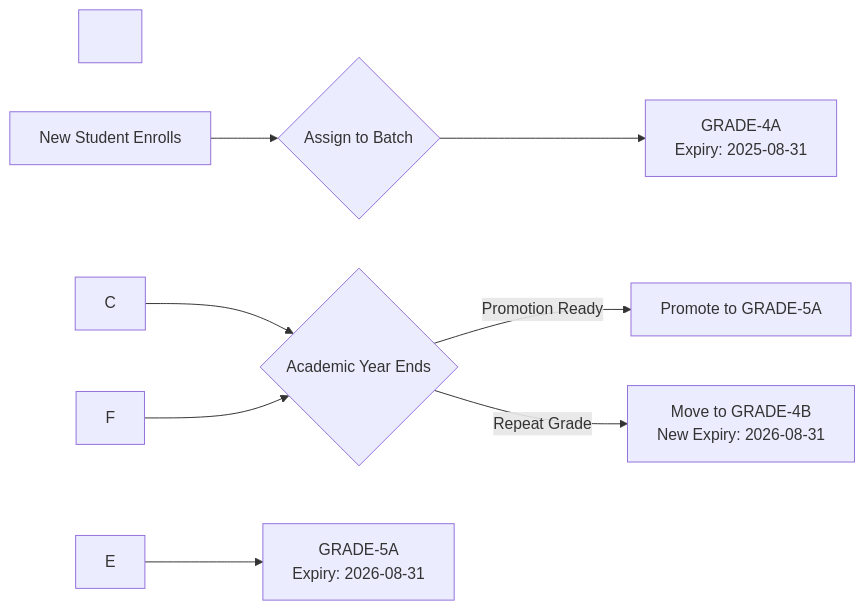
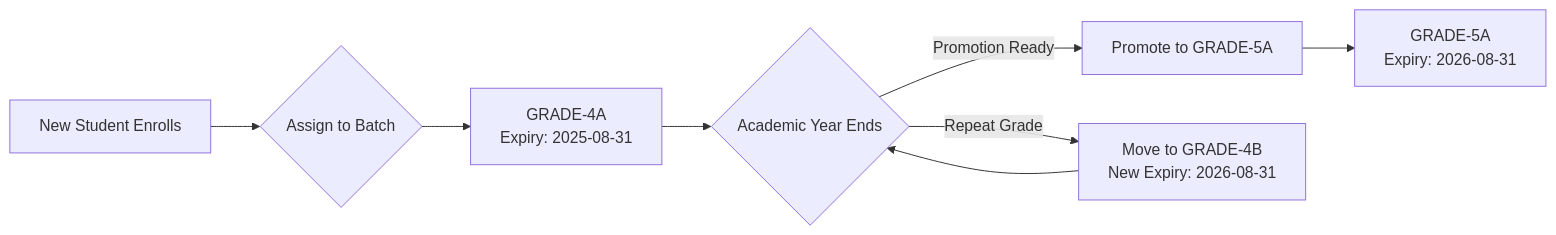
Before and after one commit to noobix/alpha-rabbit-lms: the second of 2 diagrams in .github/prompts/functionality_specs_expanded_1.prompt.md, drawn with Mermaid. The commit also changed other lines of this file and 21 other files, not shown here.

````diff
--- a/.github/prompts/functionality_specs_expanded_1.prompt.md
+++ b/.github/prompts/functionality_specs_expanded_1.prompt.md
@@ -713,19 +555,19 @@
 ```mermaid
 
 flowchart LR
 
-&nbsp;   A\[New Student Enrolls] --> B{Assign to Batch}
+    A[New Student Enrolls] --> B{Assign to Batch}
 
-&nbsp;   B --> C\[GRADE-4A<br>Expiry: 2025-08-31]
+    B --> C[GRADE-4A<br>Expiry: 2025-08-31]
 
-&nbsp;   C --> D{Academic Year Ends}
+    C --> D{Academic Year Ends}
 
-&nbsp;   D -->|Promotion Ready| E\[Promote to GRADE-5A]
+    D -->|Promotion Ready| E[Promote to GRADE-5A]
 
-&nbsp;   D -->|Repeat Grade| F\[Move to GRADE-4B<br>New Expiry: 2026-08-31]
+    D -->|Repeat Grade| F[Move to GRADE-4B<br>New Expiry: 2026-08-31]
 
-&nbsp;   E --> G\[GRADE-5A<br>Expiry: 2026-08-31]
+    E --> G[GRADE-5A<br>Expiry: 2026-08-31]
 
-&nbsp;   F --> D
+    F --> D
 
 ```
````
